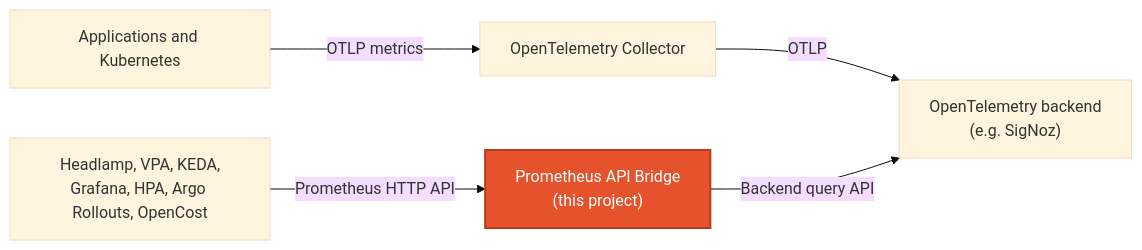
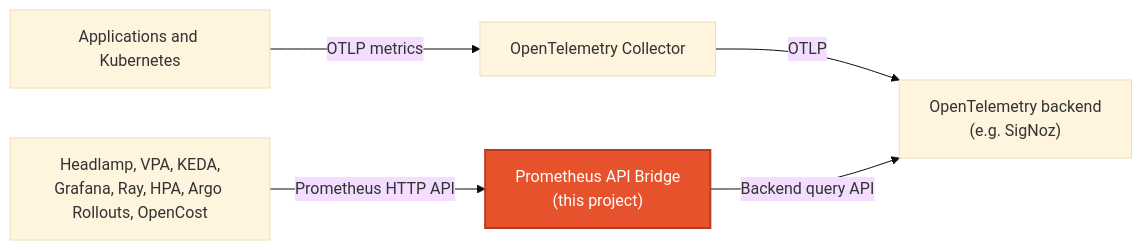
Before and after one commit to simonepri/prometheus-api-bridge: the first of 2 diagrams in readme.md, drawn with Mermaid (base theme). The commit also changed other lines of this file and 7 other files, not shown here.

````diff
--- a/readme.md
+++ b/readme.md
@@ -82,16 +82,16 @@
 ```mermaid
 flowchart LR
     sources[Applications and Kubernetes]
     otel[OpenTelemetry Collector]
     backend["OpenTelemetry backend<br>(e.g. SigNoz)"]
     bridge["Prometheus API Bridge<br>(this project)"]
-    consumers[Headlamp, VPA, KEDA,<br>Grafana, HPA, Argo Rollouts, OpenCost]
+    consumers[Headlamp, VPA, KEDA,<br>Grafana, Ray, HPA, Argo Rollouts, OpenCost]
 
     sources -->|OTLP metrics| otel
     otel -->|OTLP| backend
     consumers -->|Prometheus HTTP API| bridge
     bridge -->|Backend query API| backend
 
     classDef bridgeNode fill:#e6522c,stroke:#b63d22,color:#fff,stroke-width:2px
     class bridge bridgeNode
 ```
````
